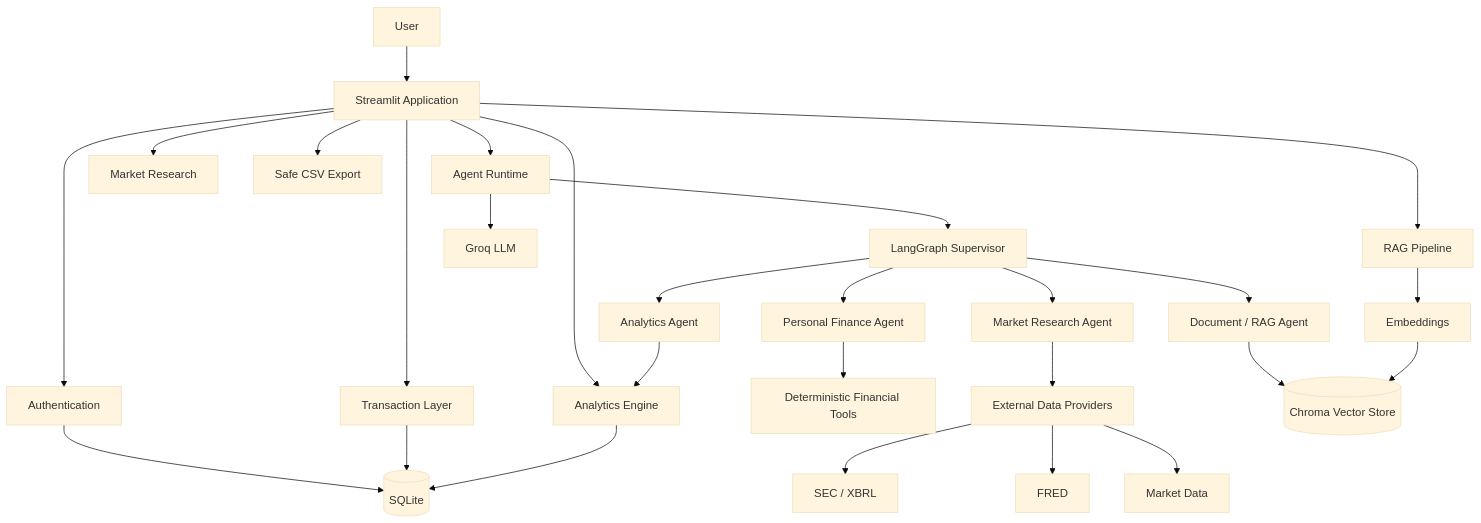
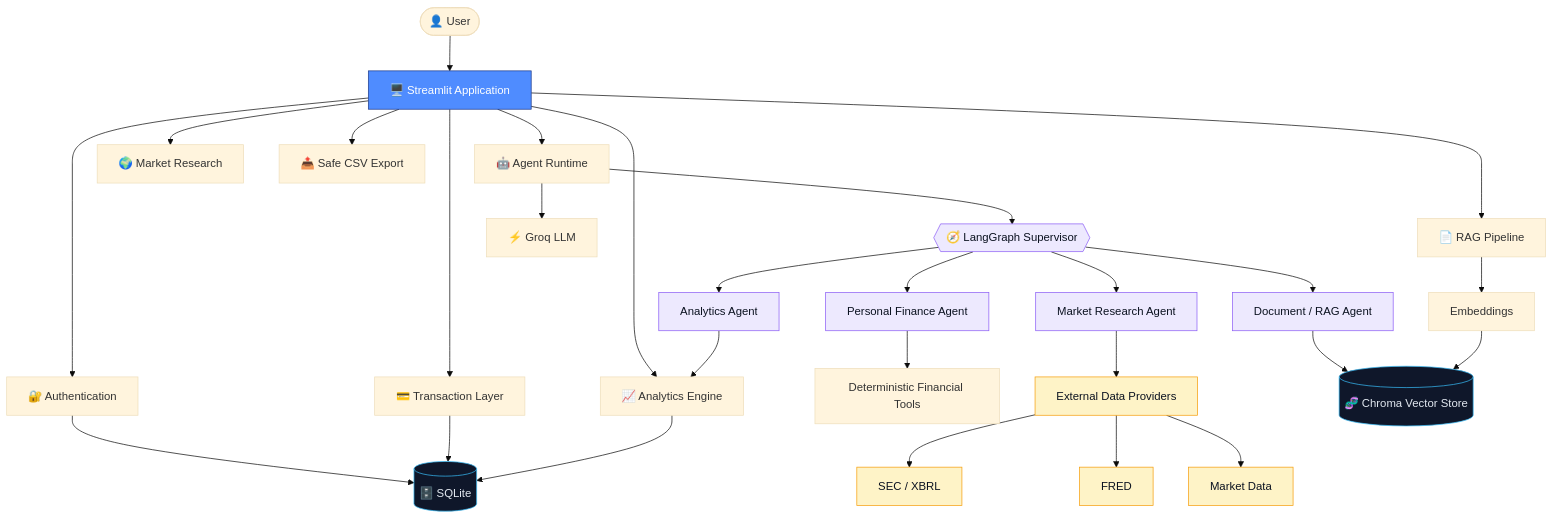
One commit to aditisaha1089/Fintoran changed the second of 18 diagrams in README.md. Above: the diagram before and after it, drawn with Mermaid (base theme). The commit also changed other lines of this file, not shown here.

````diff
--- a/README.md
+++ b/README.md
@@ -136,38 +139,44 @@
 ```mermaid
 flowchart TD
+    U(["👤 User"]) --> UI["🖥️ Streamlit Application"]
 
-    U[User] --> UI[Streamlit Application]
+    UI --> AUTH["🔐 Authentication"]
+    UI --> TX["💳 Transaction Layer"]
+    UI --> ANA["📈 Analytics Engine"]
+    UI --> AG["🤖 Agent Runtime"]
+    UI --> RAG["📄 RAG Pipeline"]
+    UI --> MR["🌍 Market Research"]
+    UI --> EXP["📤 Safe CSV Export"]
 
-    UI --> AUTH[Authentication]
-    UI --> TX[Transaction Layer]
-    UI --> ANA[Analytics Engine]
-    UI --> AG[Agent Runtime]
-    UI --> RAG[RAG Pipeline]
-    UI --> MR[Market Research]
-
-    AUTH --> DB[(SQLite)]
+    AUTH --> DB[("🗄️ SQLite")]
     TX --> DB
     ANA --> DB
 
-    AG --> SUP[LangGraph Supervisor]
+    AG --> SUP{{"🧭 LangGraph Supervisor"}}
+    AG --> LLM["⚡ Groq LLM"]
 
-    SUP --> PF[Personal Finance Agent]
-    SUP --> MA[Market Research Agent]
-    SUP --> DA[Document / RAG Agent]
-    SUP --> AA[Analytics Agent]
+    SUP --> PF["Personal Finance Agent"]
+    SUP --> MA["Market Research Agent"]
+    SUP --> DA["Document / RAG Agent"]
+    SUP --> AA["Analytics Agent"]
 
-    PF --> TOOLS[Deterministic Financial Tools]
-    MA --> PROVIDERS[External Data Providers]
-    DA --> CHROMA[(Chroma Vector Store)]
+    PF --> TOOLS["Deterministic Financial Tools"]
+    MA --> PROV["External Data Providers"]
+    DA --> CHROMA[("🧬 Chroma Vector Store")]
     AA --> ANA
 
-    AG --> LLM[Groq LLM]
-    RAG --> EMB[Embeddings]
-    EMB --> CHROMA
+    RAG --> EMB["Embeddings"] --> CHROMA
 
-    PROVIDERS --> SEC[SEC / XBRL]
-    PROVIDERS --> FRED[FRED]
-    PROVIDERS --> MARKET[Market Data]
+    PROV --> SEC["SEC / XBRL"]
+    PROV --> FRED["FRED"]
+    PROV --> MKT["Market Data"]
 
-    UI --> EXPORT[Safe CSV Export]
+    classDef ui fill:#4F8CFF,stroke:#1E3A8A,color:#fff
+    classDef store fill:#0F172A,stroke:#38BDF8,color:#E2E8F0
+    classDef agent fill:#EDE9FE,stroke:#8B5CF6,color:#0B1220
+    classDef ext fill:#FEF3C7,stroke:#F59E0B,color:#0B1220
+    class UI ui
+    class DB,CHROMA store
+    class SUP,PF,MA,DA,AA agent
+    class SEC,FRED,MKT,PROV ext
 ```
````
